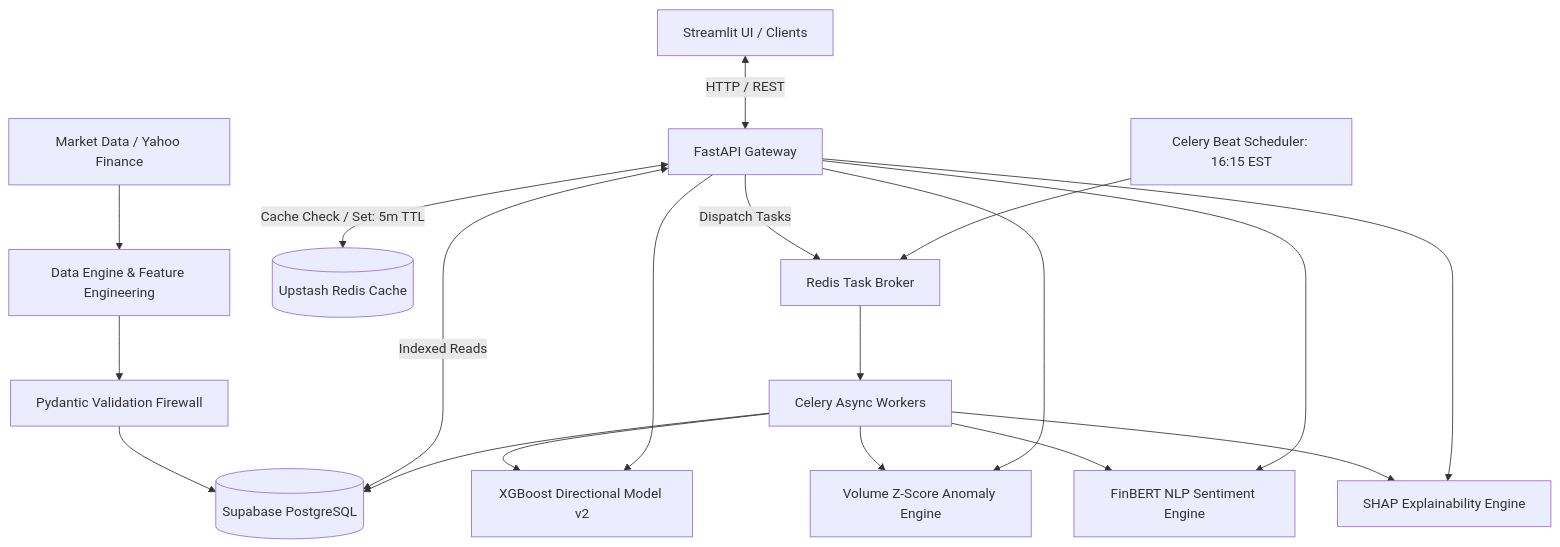
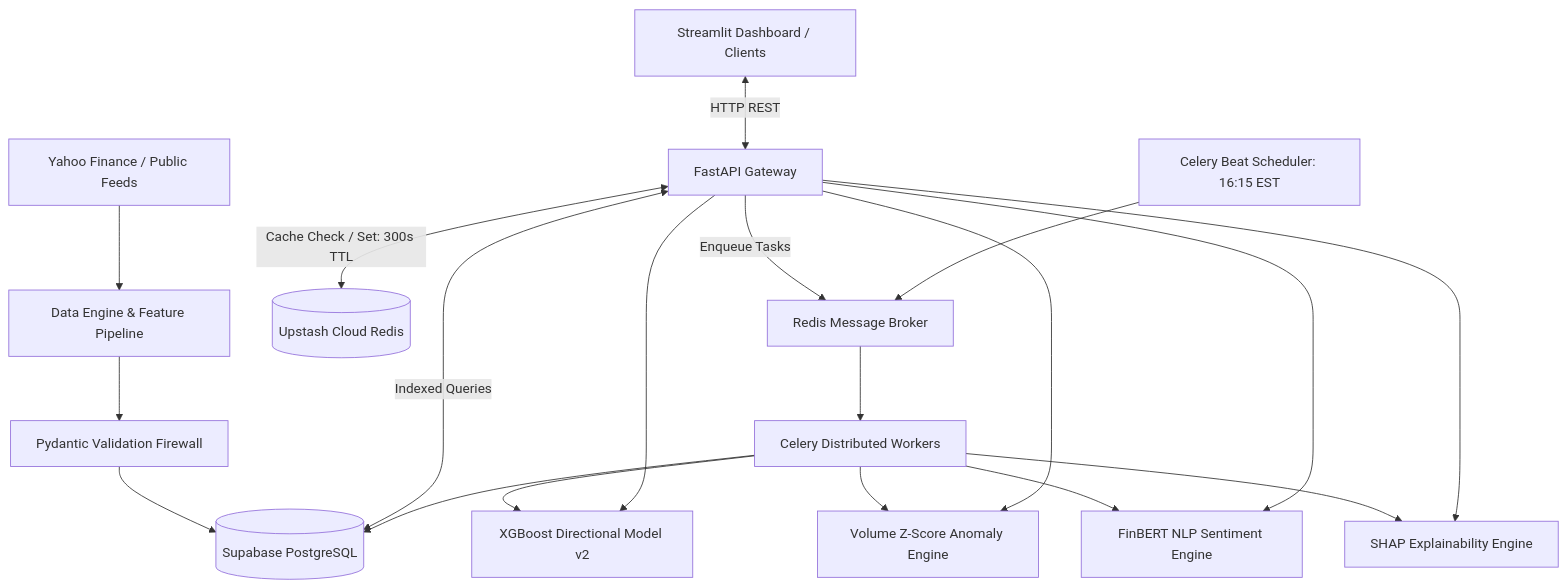
One commit to shaurya212121/StreamQuant changed the diagram in README.md. Above: the diagram before and after it, drawn with Mermaid. The commit also changed other lines of this file and 3 other files, not shown here.

````diff
--- a/README.md
+++ b/README.md
@@ -44,20 +34,20 @@
 ```mermaid
 graph TD
-    A[Market Data / Yahoo Finance] --> B[Data Engine & Feature Engineering]
+    A[Yahoo Finance / Public Feeds] --> B[Data Engine & Feature Pipeline]
     B --> C[Pydantic Validation Firewall]
     C --> D[(Supabase PostgreSQL)]
 
-    E[Streamlit UI / Clients] <-->|HTTP / REST| F[FastAPI Gateway]
-    F <-->|Cache Check / Set: 5m TTL| G[(Upstash Redis Cache)]
-    F <-->|Indexed Reads| D
+    E[Streamlit Dashboard / Clients] <-->|HTTP REST| F[FastAPI Gateway]
+    F <-->|Cache Check / Set: 300s TTL| G[(Upstash Cloud Redis)]
+    F <-->|Indexed Queries| D
 
-    F -->|Dispatch Tasks| H[Redis Task Broker]
+    F -->|Enqueue Tasks| H[Redis Message Broker]
     I[Celery Beat Scheduler: 16:15 EST] --> H
-    H --> J[Celery Async Workers]
+    H --> J[Celery Distributed Workers]
     J --> D
 
     J & F --> K[XGBoost Directional Model v2]
     J & F --> L[Volume Z-Score Anomaly Engine]
     J & F --> M[FinBERT NLP Sentiment Engine]
     J & F --> N[SHAP Explainability Engine]
 ```
````
